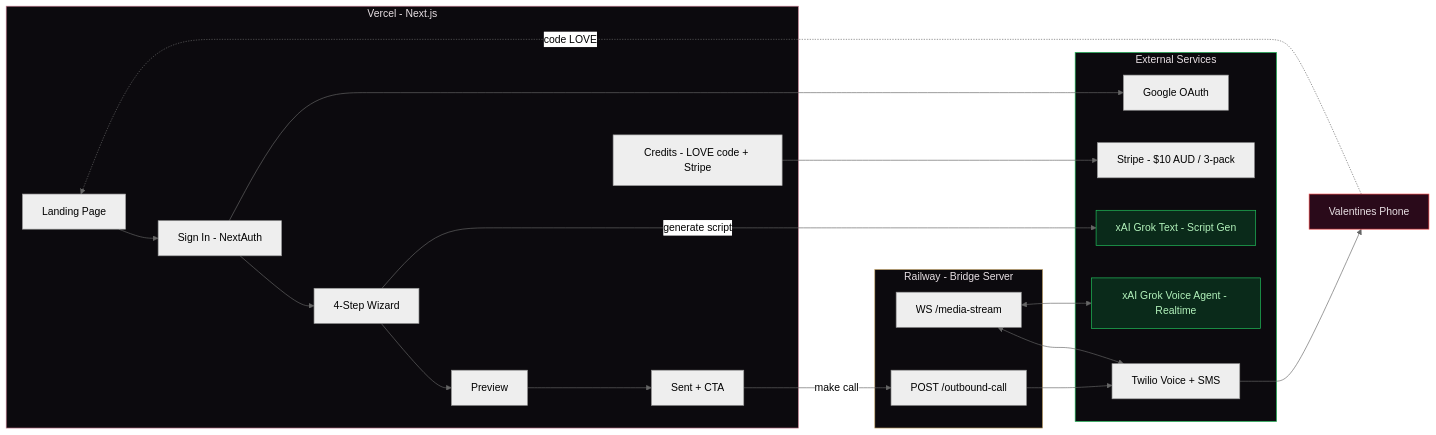
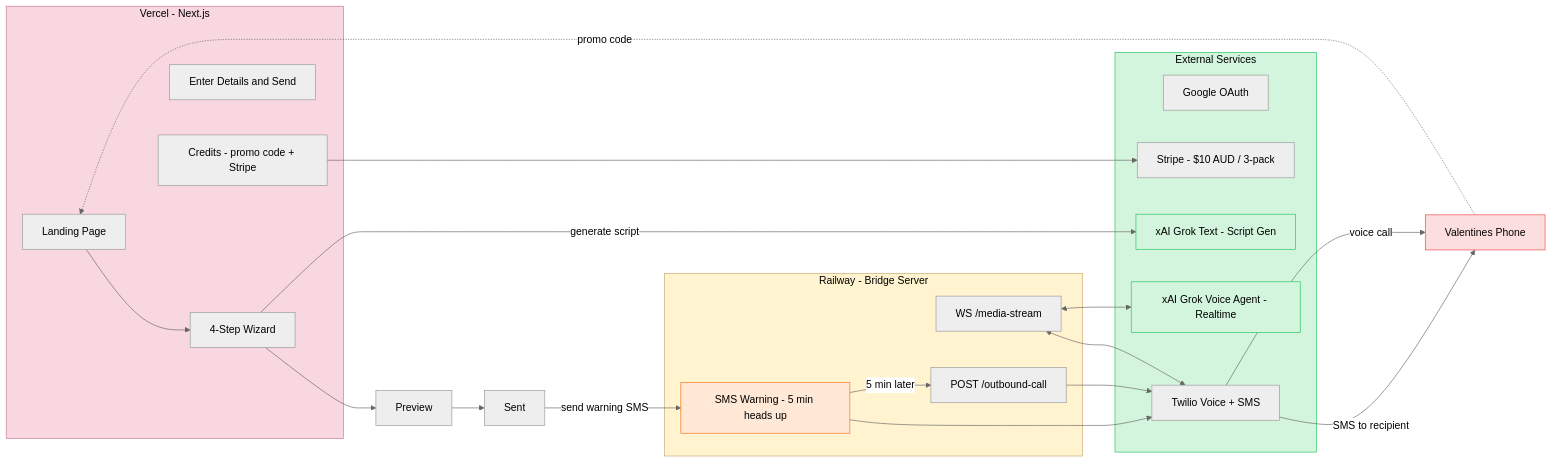
One commit to bitpixi2/impress-your-valentine changed the second of 2 diagrams in README.md. Above: the diagram before and after it, drawn with Mermaid (neutral theme). The commit also changed other lines of this file, not shown here.

First line of the commit message:
Mermaid Adjustments

````diff
--- a/README.md
+++ b/README.md
@@ -72,44 +70,41 @@
 ```mermaid
 flowchart LR
     subgraph Frontend[Vercel - Next.js]
         LP[Landing Page]
-        Auth[Sign In - NextAuth]
         Form[4-Step Wizard]
-        Preview[Preview]
-        Sent[Sent + CTA]
-        Credits[Credits - LOVE code + Stripe]
+        Send[Enter Details and Send]
+        Credits[Credits - promo code + Stripe]
     end
-
     subgraph Bridge[Railway - Bridge Server]
         Outbound[POST /outbound-call]
         MediaWS[WS /media-stream]
+        SMSWarning[SMS Warning - 5 min heads up]
     end
-
     subgraph External[External Services]
         Google[Google OAuth]
         Stripe[Stripe - $10 AUD / 3-pack]
         GrokText[xAI Grok Text - Script Gen]
         GrokVoice[xAI Grok Voice Agent - Realtime]
         Twilio[Twilio Voice + SMS]
     end
-
     Phone[Valentines Phone]
-
-    LP --> Auth --> Form --> Preview --> Sent
-    Auth --> Google
+    LP --> Form --> Preview --> Sent
     Form -->|generate script| GrokText
-    Sent -->|make call| Outbound
+    Sent -->|send warning SMS| SMSWarning
+    SMSWarning --> Twilio
+    Twilio -->|SMS to recipient| Phone
+    SMSWarning -->|5 min later| Outbound
     Credits --> Stripe
     Outbound --> Twilio
     MediaWS <--> GrokVoice
     MediaWS <--> Twilio
-    Twilio --> Phone
-    Phone -.->|code LOVE| LP
-
-    style Frontend fill:#0C0A0E,stroke:#C47A8E,color:#E8E0E4
-    style Bridge fill:#0C0A0E,stroke:#C9A96E,color:#E8E0E4
-    style External fill:#0C0A0E,stroke:#22c55e,color:#E8E0E4
-    style Phone fill:#2a0a1a,stroke:#ef4444,color:#E8E0E4
-    style GrokVoice fill:#0a2a1a,stroke:#22c55e,color:#b2f2bb
-    style GrokText fill:#0a2a1a,stroke:#22c55e,color:#b2f2bb
+    Twilio -->|voice call| Phone
+    Phone -.->|promo code | LP
+    style Frontend fill:#F8D7E0,stroke:#C47A8E,color:#000000
+    style Bridge fill:#FFF3D0,stroke:#C9A96E,color:#000000
+    style External fill:#D4F5DD,stroke:#22c55e,color:#000000
+    style Phone fill:#FDDEDE,stroke:#ef4444,color:#000000
+    style GrokVoice fill:#D4F5DD,stroke:#22c55e,color:#000000
+    style GrokText fill:#D4F5DD,stroke:#22c55e,color:#000000
+    style SMSWarning fill:#FFE8D6,stroke:#F97316,color:#000000
 ```
````
